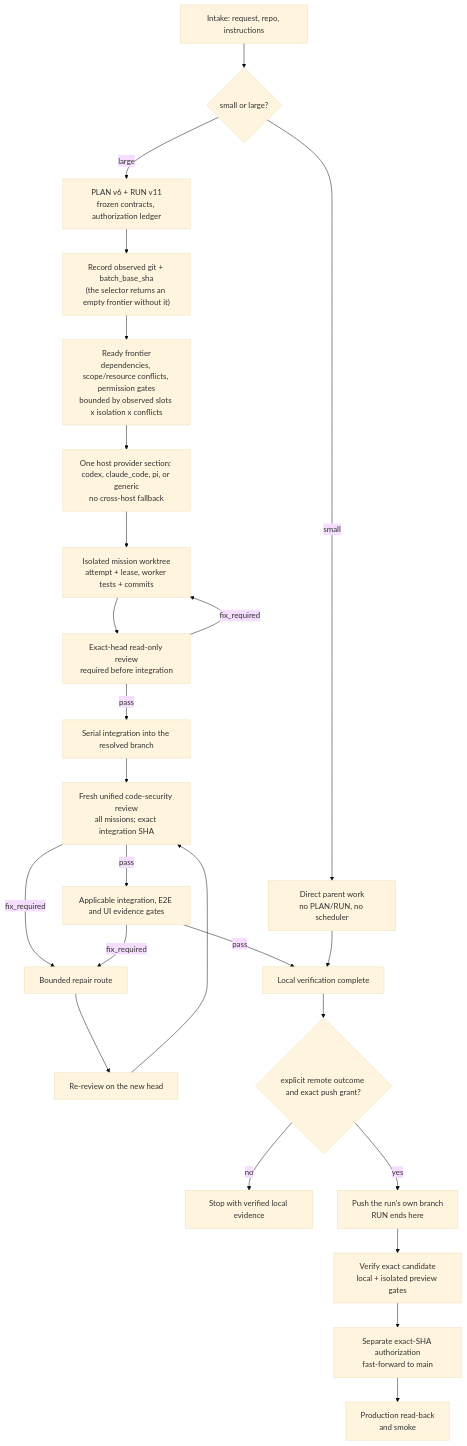
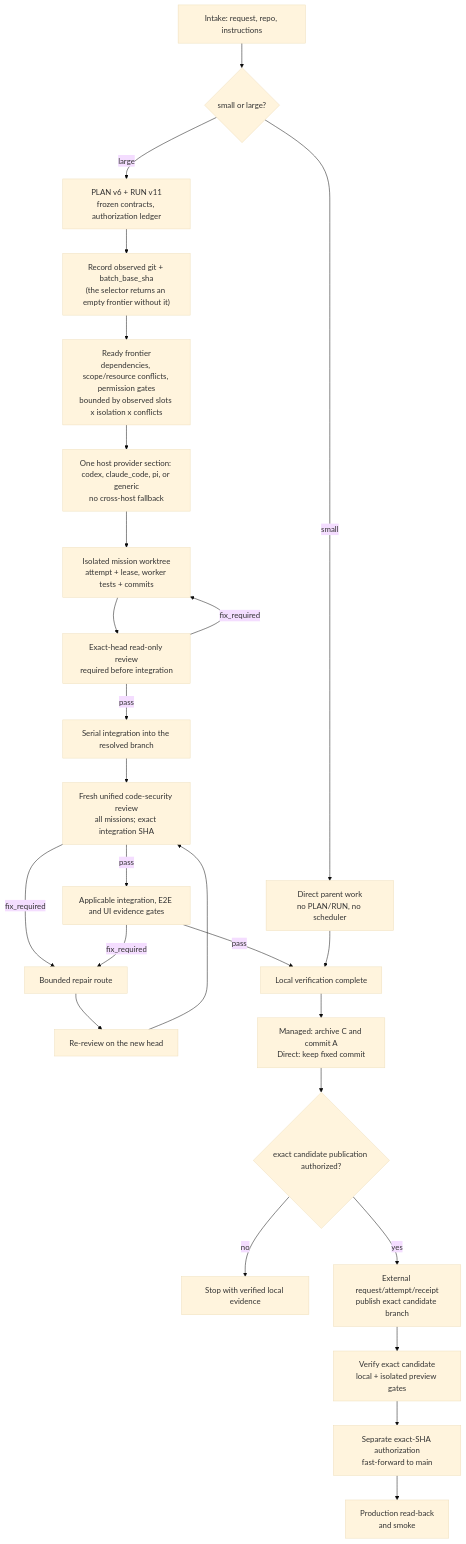
Before and after one commit to Phlegonlabs/product-delivery-harness: the third of 3 diagrams in README.md, drawn with Mermaid (base theme). The commit also changed other lines of this file and 188 other files, not shown here.

````diff
--- a/README.md
+++ b/README.md
@@ -249,27 +276,28 @@
 ```mermaid
 flowchart TB
   Intake["Intake: request, repo, instructions"] --> Size{"small or large?"}
   Size -->|small| Direct["Direct parent work<br/>no PLAN/RUN, no scheduler"]
   Size -->|large| Plan["PLAN v6 + RUN v11<br/>frozen contracts, authorization ledger"]
   Plan --> Observe["Record observed git + batch_base_sha<br/>(the selector returns an empty frontier without it)"]
   Observe --> Frontier["Ready frontier<br/>dependencies, scope/resource conflicts, permission gates<br/>bounded by observed slots x isolation x conflicts"]
   Frontier --> Host["One host provider section: codex, claude_code, pi, or generic<br/>no cross-host fallback"]
   Host --> Work["Isolated mission worktree<br/>attempt + lease, worker tests + commits"]
   Work --> Review["Exact-head read-only review<br/>required before integration"]
   Review -->|pass| Integrate["Serial integration into the resolved branch"]
   Review -->|fix_required| Work
   Integrate --> Security["Fresh unified code-security review<br/>all missions; exact integration SHA"]
   Security -->|pass| Gates["Applicable integration, E2E and UI evidence gates"]
   Security -->|fix_required| Repair["Bounded repair route"]
   Gates -->|fix_required| Repair
   Repair --> Rereview["Re-review on the new head"]
   Rereview --> Security
   Gates -->|pass| Local["Local verification complete"]
   Direct --> Local
-  Local --> Remote{"explicit remote outcome and exact push grant?"}
+  Local --> ArchiveCandidate["Managed: archive C and commit A<br/>Direct: keep fixed commit"]
+  ArchiveCandidate --> Remote{"exact candidate publication authorized?"}
   Remote -->|no| Done["Stop with verified local evidence"]
-  Remote -->|yes| Push["Push the run's own branch<br/>RUN ends here"]
+  Remote -->|yes| Push["External request/attempt/receipt<br/>publish exact candidate branch"]
   Push --> Candidate["Verify exact candidate<br/>local + isolated preview gates"]
   Candidate --> Main["Separate exact-SHA authorization<br/>fast-forward to main"]
   Main --> Prod["Production read-back<br/>and smoke"]
 ```
````
